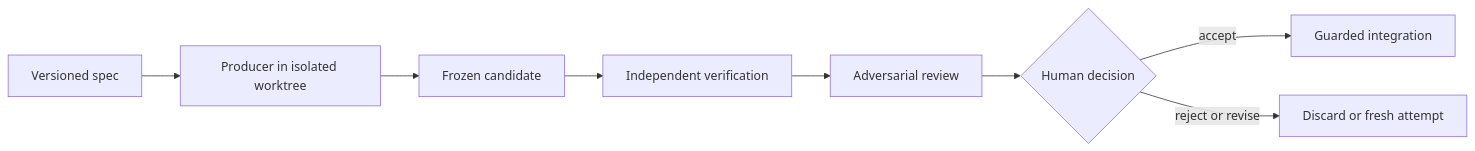
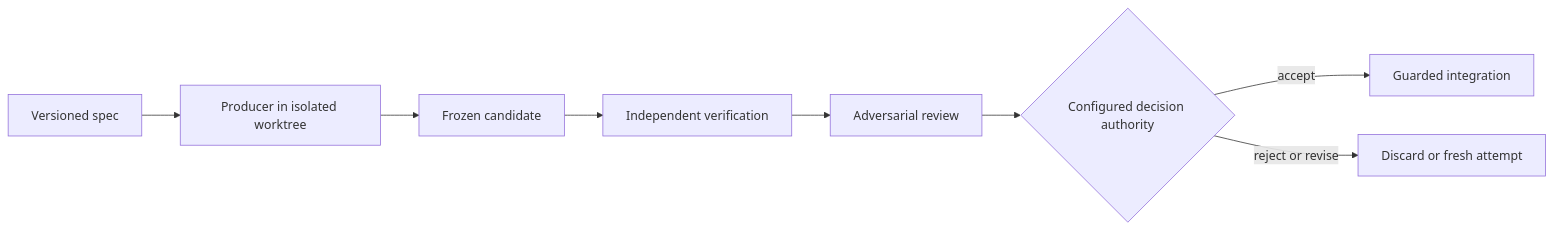
One commit to Pythoughts-labs/claude-architect changed the diagram in README.md. Above: the diagram before and after it, drawn with Mermaid. The commit also changed other lines of this file and 14 other files, not shown here.

````diff
--- a/README.md
+++ b/README.md
@@ -37,10 +37,10 @@
 ```mermaid
 flowchart LR
     A[Versioned spec] --> B[Producer in isolated worktree]
     B --> C[Frozen candidate]
     C --> D[Independent verification]
     D --> E[Adversarial review]
-    E --> F{Human decision}
+    E --> F{Configured decision authority}
     F -->|accept| G[Guarded integration]
     F -->|reject or revise| H[Discard or fresh attempt]
 ```
````
